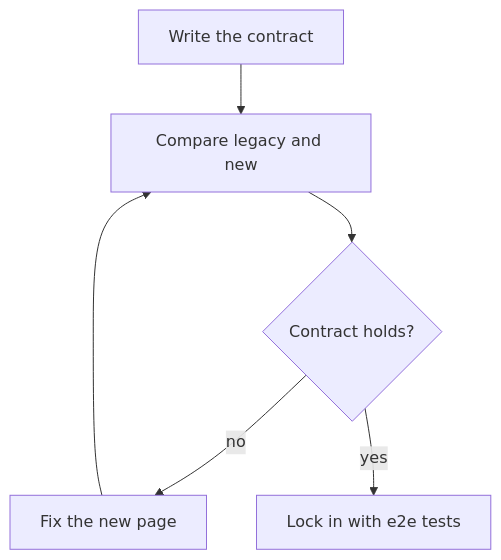
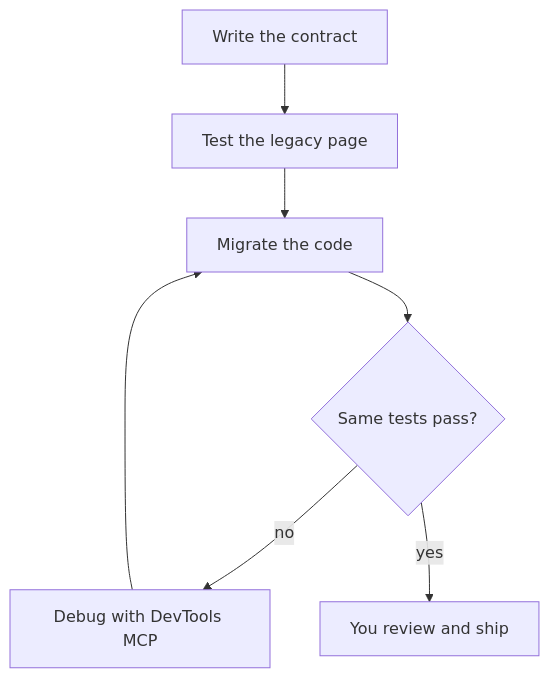
Before and after one commit to helderberto/helderberto.com: the third of 4 diagrams in posts/debugging-in-the-agentic-era.md, drawn with Mermaid. The commit also changed other lines of this file and 4 other files, not shown here.

First line of the commit message:
docs(posts): keep the engineer in the loop and test legacy pages first

````diff
--- a/posts/debugging-in-the-agentic-era.md
+++ b/posts/debugging-in-the-agentic-era.md
@@ -118,10 +137,11 @@
 ```mermaid
 flowchart TD
-  accTitle: Validating a migration
-  accDescr: Write the contract first. The agent compares the legacy and new pages with Chrome DevTools MCP. If the contract doesn't hold, it fixes the new page and compares again. When it holds, Playwright end-to-end tests lock the contract in.
-  contract[Write the contract] --> compare[Compare legacy and new]
-  compare --> holds{Contract holds?}
-  holds -- no --> fix[Fix the new page]
-  fix --> compare
-  holds -- yes --> tests[Lock in with e2e tests]
+  accTitle: Migrating without regressions
+  accDescr: Write the contract, then cover the legacy page with Playwright tests. Migrate the code and run the same tests. If they fail, debug with Chrome DevTools MCP and migrate again. When they pass, you review and ship.
+  contract[Write the contract] --> cover[Test the legacy page]
+  cover --> migrate[Migrate the code]
+  migrate --> pass{Same tests pass?}
+  pass -- no --> debug[Debug with DevTools MCP]
+  debug --> migrate
+  pass -- yes --> review[You review and ship]
 ```
````
